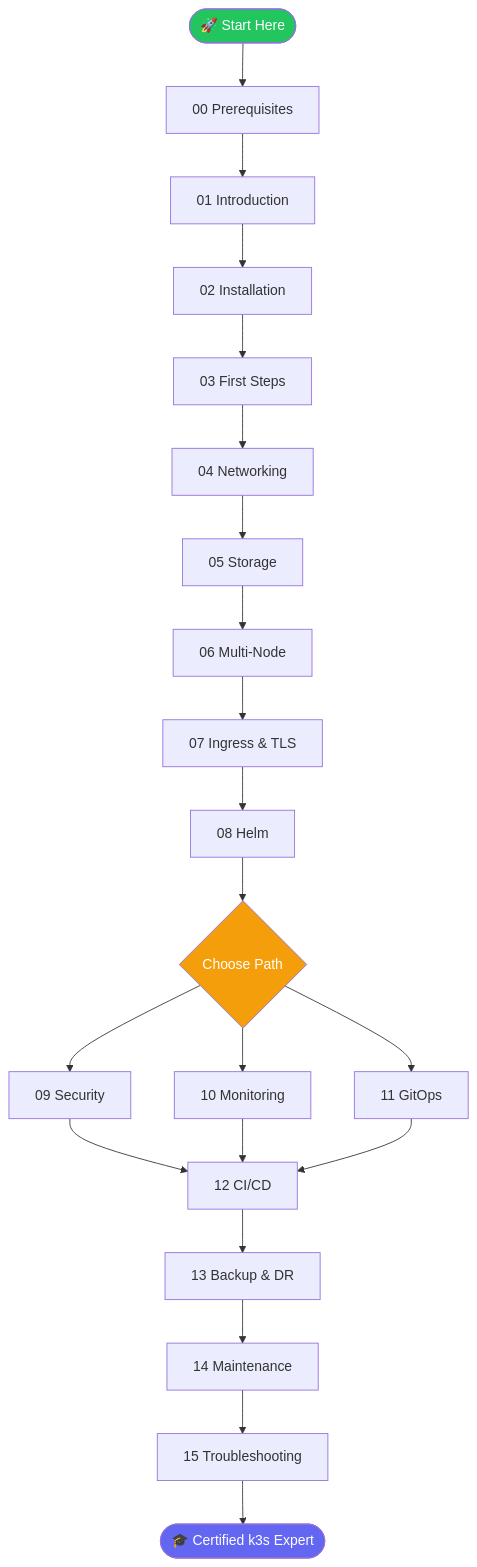
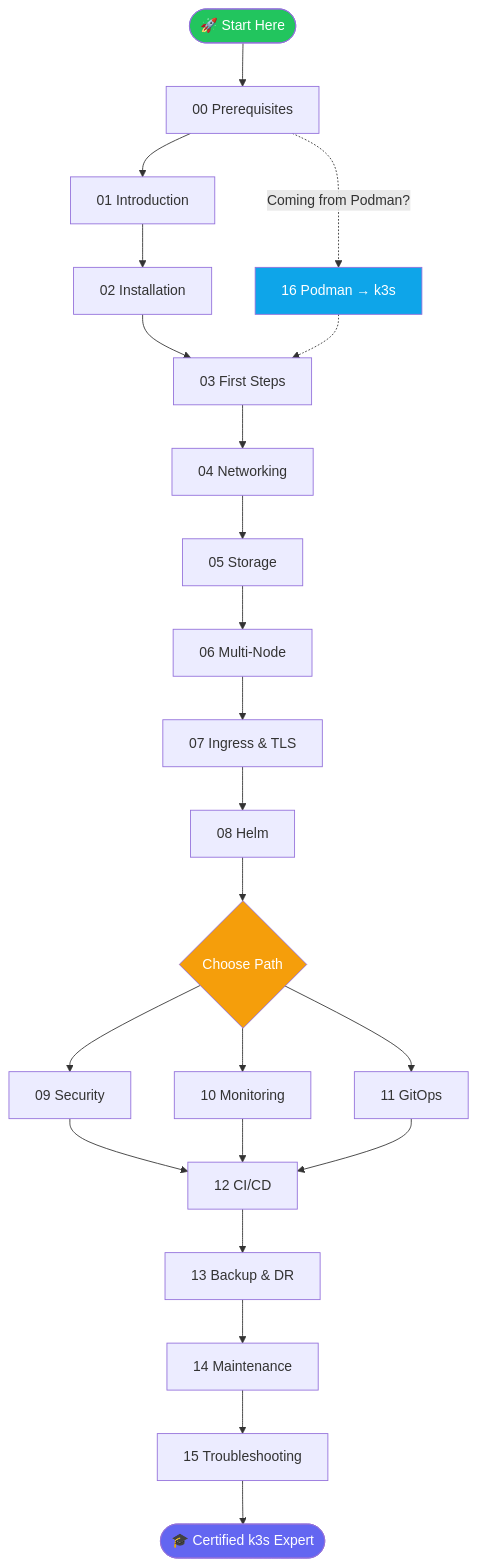
The diagram in README.md (UncleJS/course_k3s), drawn with Mermaid before and after one commit. The commit also changed other lines of this file and 107 other files, not shown here.

````diff
--- a/README.md
+++ b/README.md
@@ -53,27 +60,30 @@
 ```mermaid
 flowchart TD
     A([🚀 Start Here]) --> B[00 Prerequisites]
     B --> C[01 Introduction]
     C --> D[02 Installation]
     D --> E[03 First Steps]
     E --> F[04 Networking]
     F --> G[05 Storage]
     G --> H[06 Multi-Node]
     H --> I[07 Ingress & TLS]
     I --> J[08 Helm]
     J --> K{Choose Path}
     K --> L[09 Security]
     K --> M[10 Monitoring]
     K --> N[11 GitOps]
     L --> O[12 CI/CD]
     M --> O
     N --> O
     O --> P[13 Backup & DR]
     P --> Q[14 Maintenance]
     Q --> R[15 Troubleshooting]
     R --> S([🎓 Certified k3s Expert])
+    B -.->|Coming from Podman?| T[16 Podman → k3s]
+    T -.-> E
 
     style A fill:#22c55e,color:#fff
     style S fill:#6366f1,color:#fff
     style K fill:#f59e0b,color:#fff
+    style T fill:#0ea5e9,color:#fff
 ```
````
